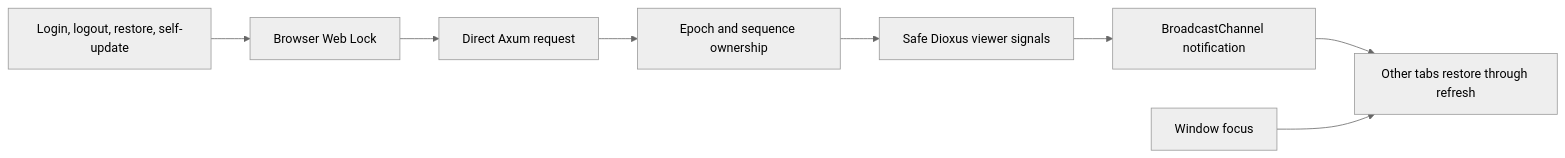
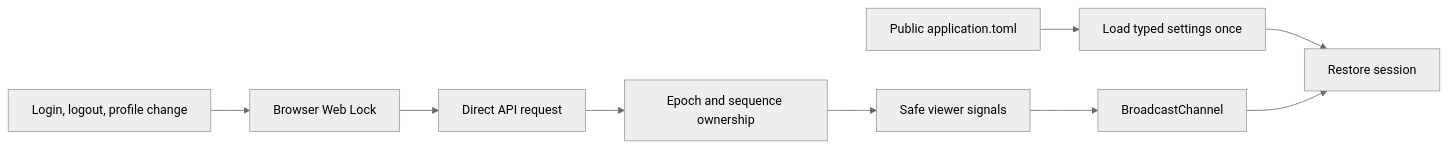
One commit to enzumeii/monolith changed the third of 3 diagrams in docs/architecture.md. Above: the diagram before and after it, drawn with Mermaid (neutral theme). The commit also changed other lines of this file and 55 other files, not shown here.

First line of the commit message:
feat(api): add typed Shopify GraphQL client (#6)

````diff
--- a/docs/architecture.md
+++ b/docs/architecture.md
@@ -117,10 +103,11 @@
 ```mermaid
 flowchart LR
-    EVENT["Login, logout, restore, self-update"] --> LOCK["Browser Web Lock"]
-    LOCK --> HTTP["Direct Axum request"]
-    HTTP --> TICKET["Epoch and sequence ownership"]
-    TICKET --> VIEWER["Safe Dioxus viewer signals"]
-    VIEWER --> SYNC["BroadcastChannel notification"]
-    SYNC --> RESTORE["Other tabs restore through refresh"]
-    FOCUS["Window focus"] --> RESTORE
+    FILE["Public application.toml"] --> LOAD["Load typed settings once"]
+    LOAD --> RESTORE["Restore session"]
+    EVENTS["Login, logout, profile change"] --> LOCK["Browser Web Lock"]
+    LOCK --> REQUEST["Direct API request"]
+    REQUEST --> OWNER["Epoch and sequence ownership"]
+    OWNER --> VIEWER["Safe viewer signals"]
+    VIEWER --> SYNC["BroadcastChannel"]
+    SYNC --> RESTORE
 ```
````
